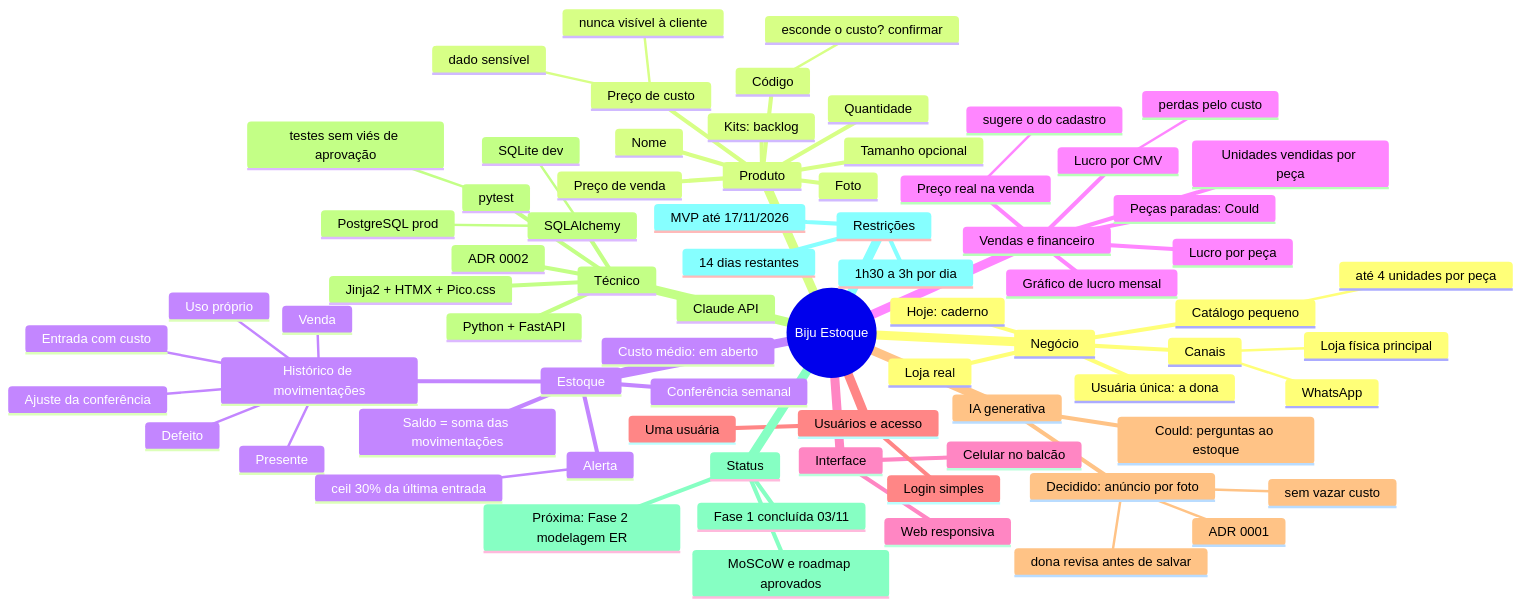
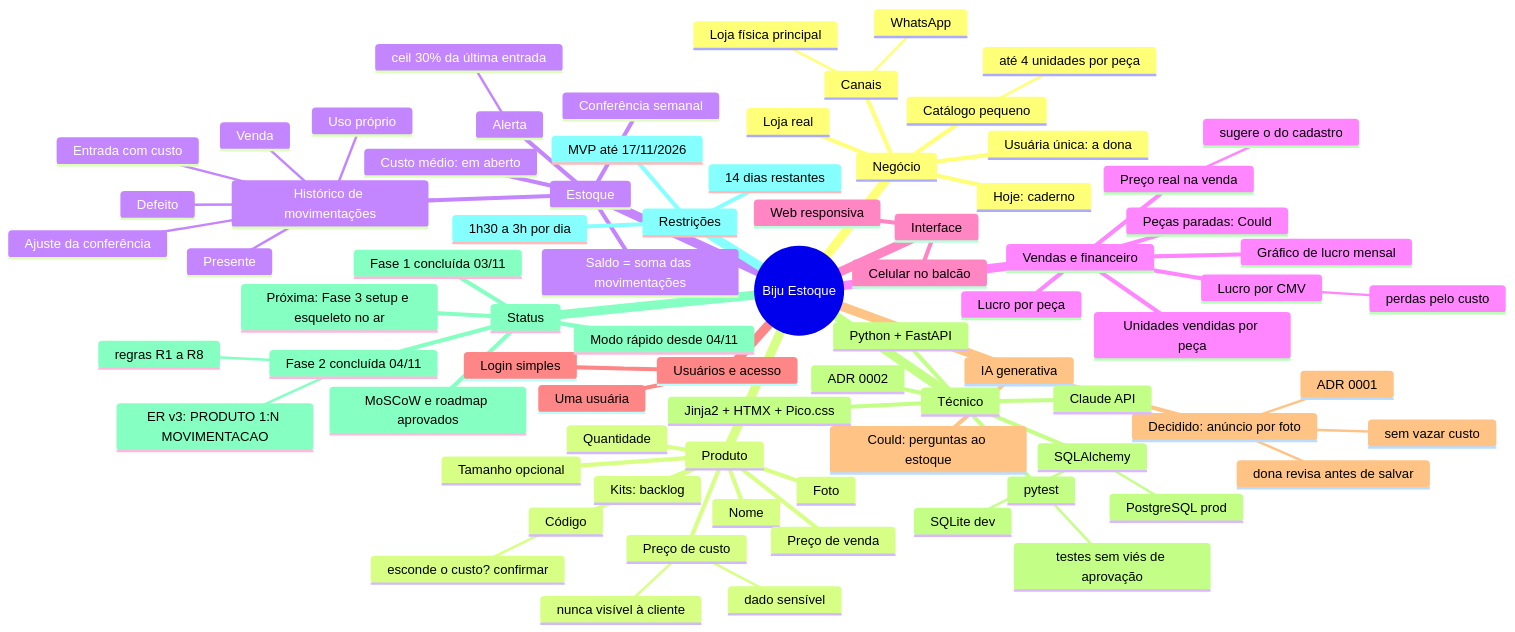
One commit to SaIIex/Biju-Estoque changed the diagram in docs/mapas/00-visao-geral.md. Above: the diagram before and after it, drawn with Mermaid. The commit also changed 2 other files, not shown here.

Commit message:
docs: conclui fase 2 com modelo de dados v3
ER com PRODUTO 1:N MOVIMENTACAO, regras de negócio R1 a R8
(saldo, sinal por tipo, custo médio, alerta, lucro) e exemplos
calculados à mão para os testes. Registra o modo rápido de trabalho.

````diff
--- a/docs/mapas/00-visao-geral.md
+++ b/docs/mapas/00-visao-geral.md
@@ -3,77 +3,81 @@
 ```mermaid
 mindmap
   root((Biju Estoque))
     Negócio
       Usuária única: a dona
       Loja real
       Canais
         Loja física principal
         WhatsApp
       Catálogo pequeno
         até 4 unidades por peça
       Hoje: caderno
     Produto
       Nome
       Preço de custo
         dado sensível
         nunca visível à cliente
       Preço de venda
       Código
         esconde o custo? confirmar
       Quantidade
       Tamanho opcional
       Foto
       Kits: backlog
     Estoque
       Histórico de movimentações
         Entrada com custo
         Venda
         Presente
         Uso próprio
         Defeito
         Ajuste da conferência
       Saldo = soma das movimentações
       Alerta
         ceil 30% da última entrada
       Conferência semanal
       Custo médio: em aberto
     Vendas e financeiro
       Lucro por CMV
         perdas pelo custo
       Gráfico de lucro mensal
       Lucro por peça
       Unidades vendidas por peça
       Preço real na venda
         sugere o do cadastro
       Peças paradas: Could
     Interface
       Celular no balcão
       Web responsiva
     Usuários e acesso
       Uma usuária
       Login simples
     IA generativa
       Decidido: anúncio por foto
         ADR 0001
         sem vazar custo
         dona revisa antes de salvar
       Could: perguntas ao estoque
     Técnico
       ADR 0002
       Python + FastAPI
       Jinja2 + HTMX + Pico.css
       SQLAlchemy
         SQLite dev
         PostgreSQL prod
       Claude API
       pytest
         testes sem viés de aprovação
     Status
       Fase 1 concluída 03/11
       MoSCoW e roadmap aprovados
-      Próxima: Fase 2 modelagem ER
+      Fase 2 concluída 04/11
+        ER v3: PRODUTO 1:N MOVIMENTACAO
+        regras R1 a R8
+      Modo rápido desde 04/11
+      Próxima: Fase 3 setup e esqueleto no ar
     Restrições
       MVP até 17/11/2026
       14 dias restantes
       1h30 a 3h por dia
 ```
````
